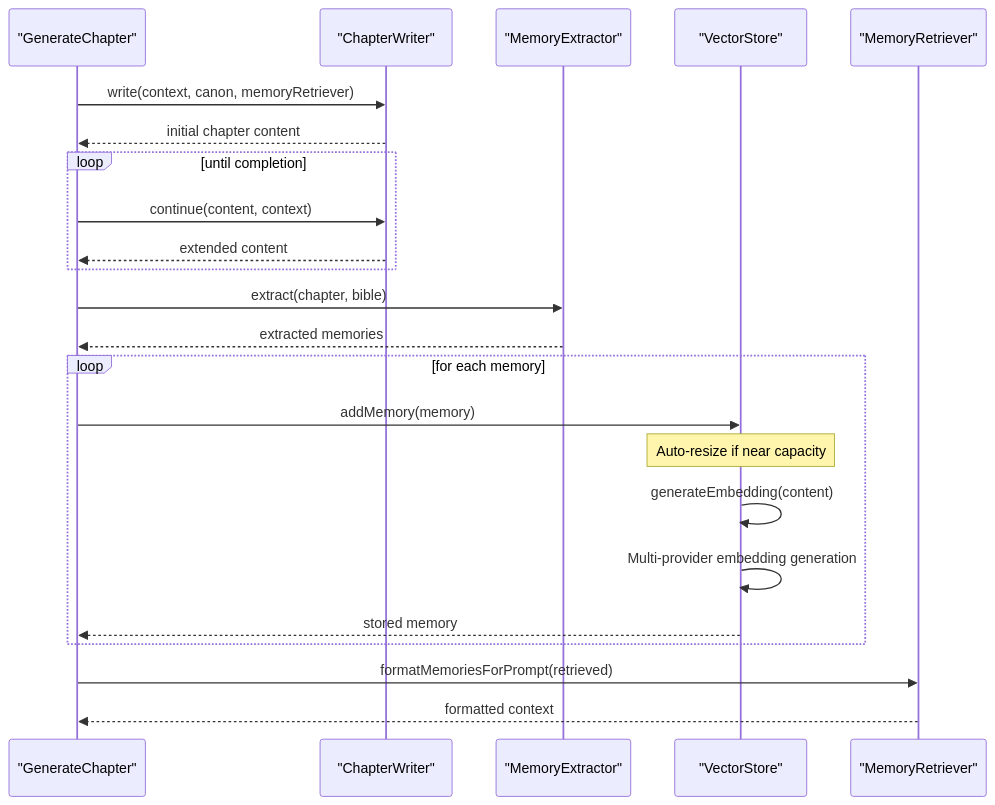
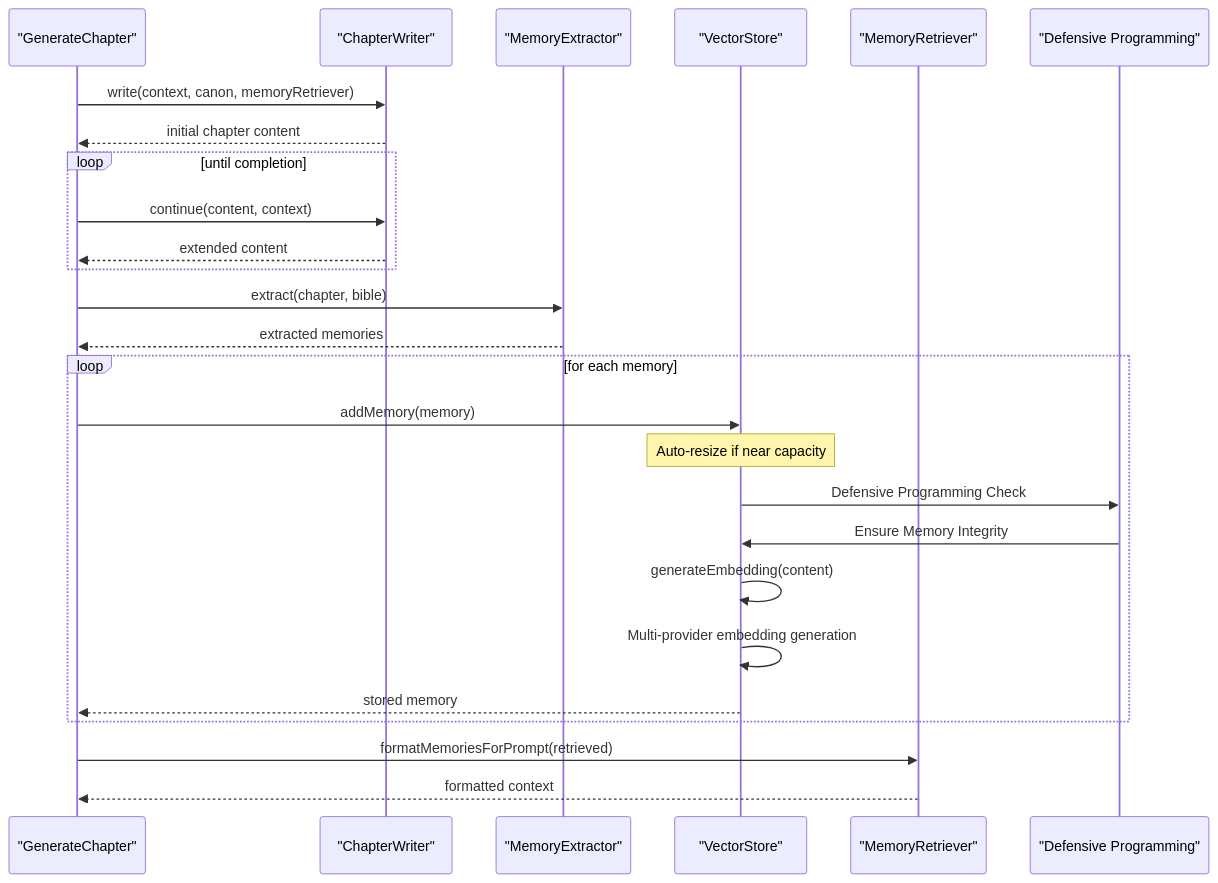
The tenth of 12 diagrams in .qoder/repowiki/en/content/Memory Management System/Vector Memory System.md (liwonder/NARRITIVE_OS), drawn with Mermaid before and after one commit. The commit also changed other lines of this file and 17 other files, not shown here.

````diff
--- a/.qoder/repowiki/en/content/Memory Management System/Vector Memory System.md
+++ b/.qoder/repowiki/en/content/Memory Management System/Vector Memory System.md
@@ -444,25 +465,28 @@
 ```mermaid
 sequenceDiagram
 participant Pipeline as "GenerateChapter"
 participant Writer as "ChapterWriter"
 participant ME as "MemoryExtractor"
 participant VS as "VectorStore"
 participant MR as "MemoryRetriever"
+participant DEF as "Defensive Programming"
 Pipeline->>Writer : write(context, canon, memoryRetriever)
 Writer-->>Pipeline : initial chapter content
 loop until completion
 Pipeline->>Writer : continue(content, context)
 Writer-->>Pipeline : extended content
 end
 Pipeline->>ME : extract(chapter, bible)
 ME-->>Pipeline : extracted memories
 loop for each memory
 Pipeline->>VS : addMemory(memory)
 Note over VS : Auto-resize if near capacity
+VS->>DEF : Defensive Programming Check
+DEF->>VS : Ensure Memory Integrity
 VS->>VS : generateEmbedding(content)
 VS->>VS : Multi-provider embedding generation
 VS-->>Pipeline : stored memory
 end
 Pipeline->>MR : formatMemoriesForPrompt(retrieved)
 MR-->>Pipeline : formatted context
 ```
````
